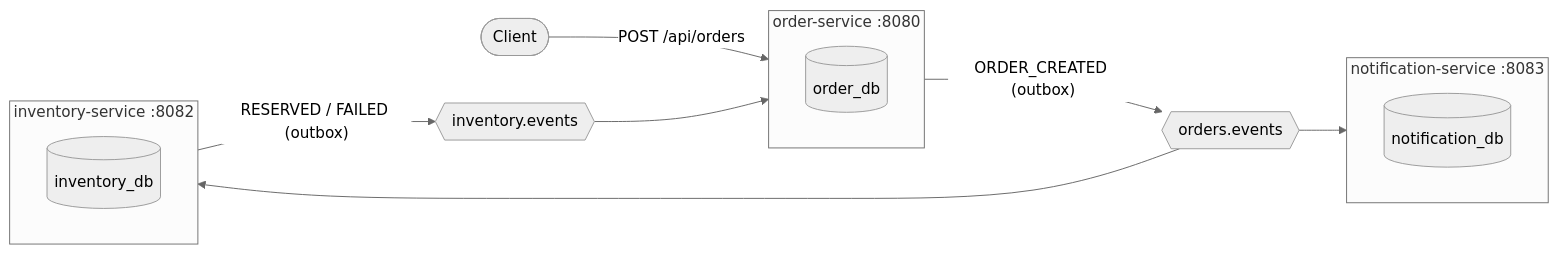
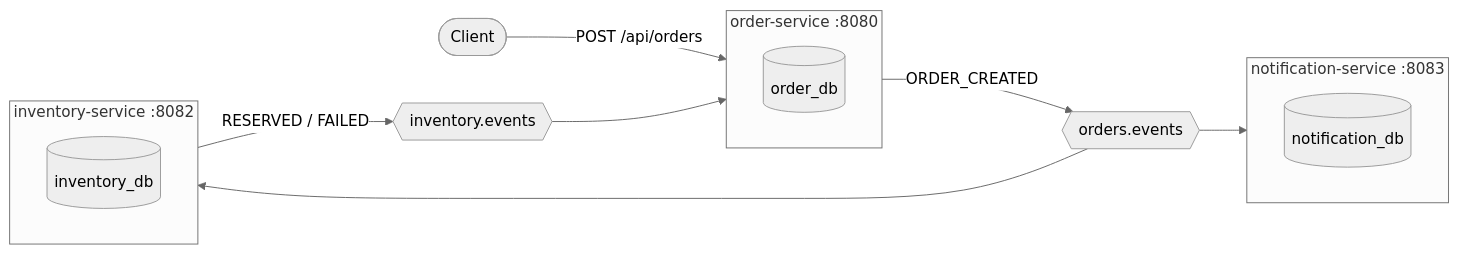
One commit to BayechouAbdelhadi/kafka-java-demo changed the first of 22 diagrams in README.md. Above: the diagram before and after it, drawn with Mermaid (neutral theme). The commit also changed other lines of this file, not shown here.

Commit message:
docs: refine README.md to clarify order flow, components, and architecture details

````diff
--- a/README.md
+++ b/README.md
@@ -29,23 +11,23 @@
 ```mermaid
 flowchart LR
     client([Client]) -- "POST /api/orders" --> O
 
     subgraph O["order-service :8080"]
         ODB[(order_db)]
     end
     subgraph I["inventory-service :8082"]
         IDB[(inventory_db)]
     end
     subgraph N["notification-service :8083"]
         NDB[(notification_db)]
     end
 
     T1{{orders.events}}
     T2{{inventory.events}}
 
-    O -- "ORDER_CREATED (outbox)" --> T1
+    O -- ORDER_CREATED --> T1
     T1 --> I
     T1 --> N
-    I -- "RESERVED / FAILED (outbox)" --> T2
+    I -- "RESERVED / FAILED" --> T2
     T2 --> O
 ```
````
